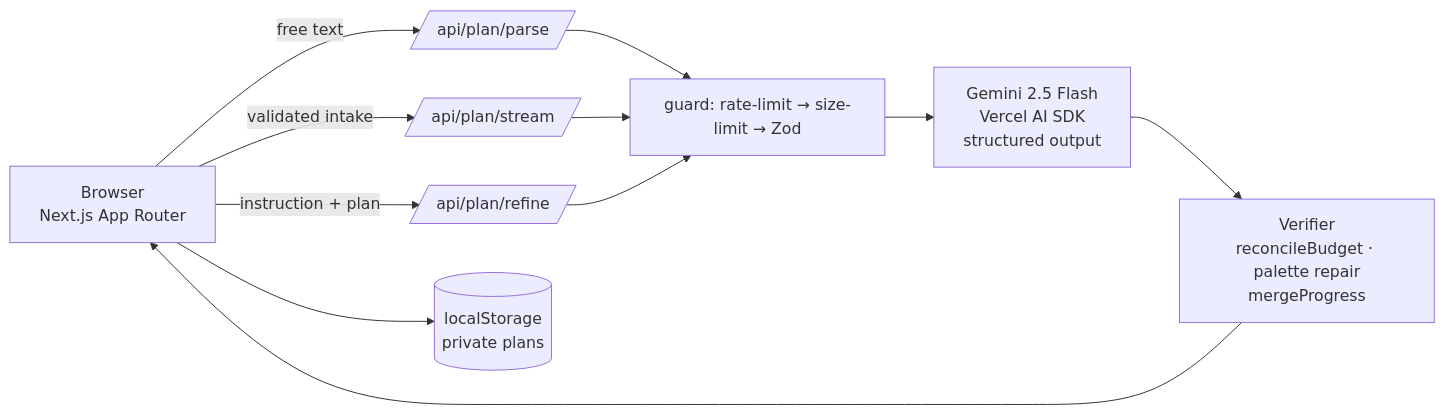
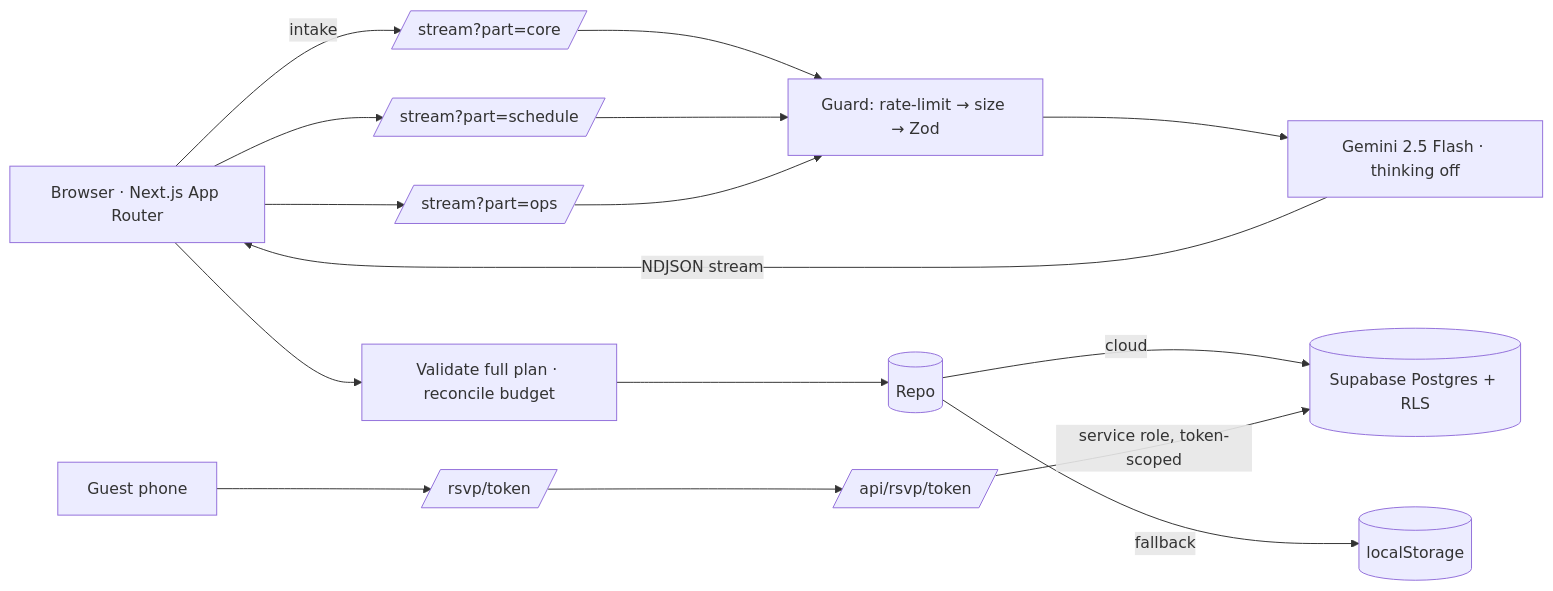
Before and after one commit to Pavan3030-pr/utsava: the diagram in README.md, drawn with Mermaid. The commit also changed other lines of this file and 32 other files, not shown here.

Commit message:
feat: v2 — parallel streaming, Supabase, multi-event guests & RSVP, spend tracker, vendor pipeline

````diff
--- a/README.md
+++ b/README.md
@@ -22,11 +22,13 @@
 ```mermaid
 flowchart LR
-  U[Browser<br/>Next.js App Router] -->|free text| P[/api/plan/parse/]
-  U -->|validated intake| S[/api/plan/stream/]
-  U -->|instruction + plan| R[/api/plan/refine/]
-  P & S & R --> G[guard: rate-limit → size-limit → Zod]
-  G --> M[Gemini 2.5 Flash<br/>Vercel AI SDK<br/>structured output]
-  M --> V[Verifier<br/>reconcileBudget · palette repair<br/>mergeProgress]
-  V --> U
-  U --> L[(localStorage<br/>private plans)]
+  B[Browser · Next.js App Router] -->|intake| S1[/stream?part=core/]
+  B --> S2[/stream?part=schedule/]
+  B --> S3[/stream?part=ops/]
+  S1 & S2 & S3 --> G[Guard: rate-limit → size → Zod] --> M[Gemini 2.5 Flash · thinking off]
+  M -->|NDJSON stream| B
+  B --> V[Validate full plan · reconcile budget]
+  V --> R[(Repo)]
+  R -->|cloud| DB[(Supabase Postgres + RLS)]
+  R -->|fallback| LS[(localStorage)]
+  Guest[Guest phone] --> P[/rsvp/token/] --> API[/api/rsvp/token/] -->|service role, token-scoped| DB
 ```
````
